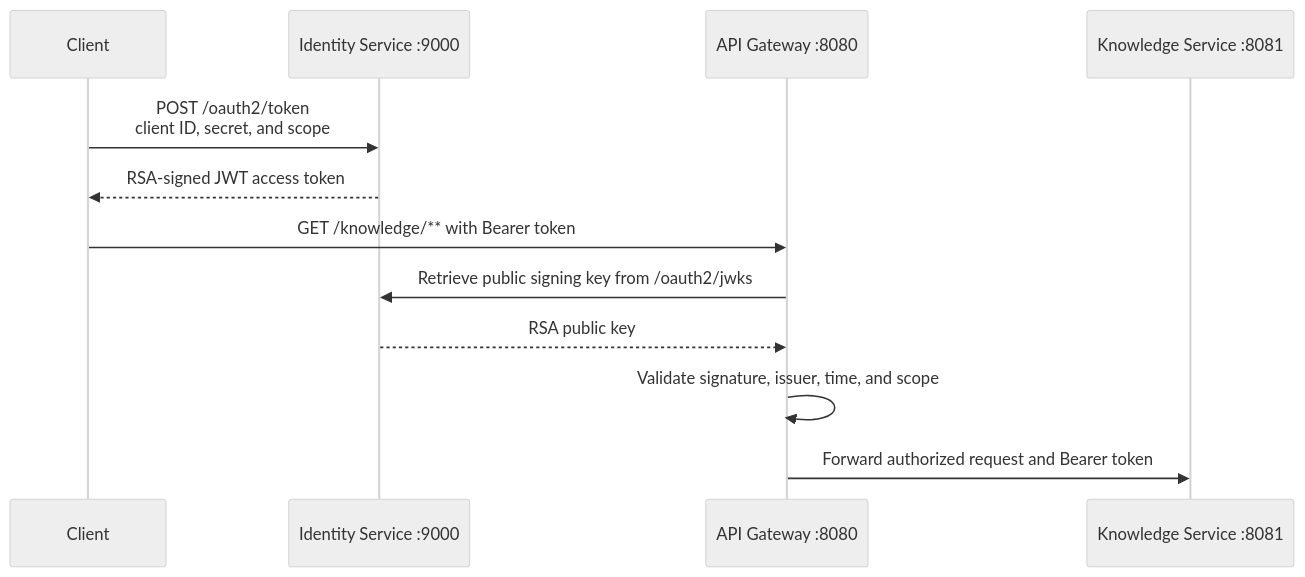
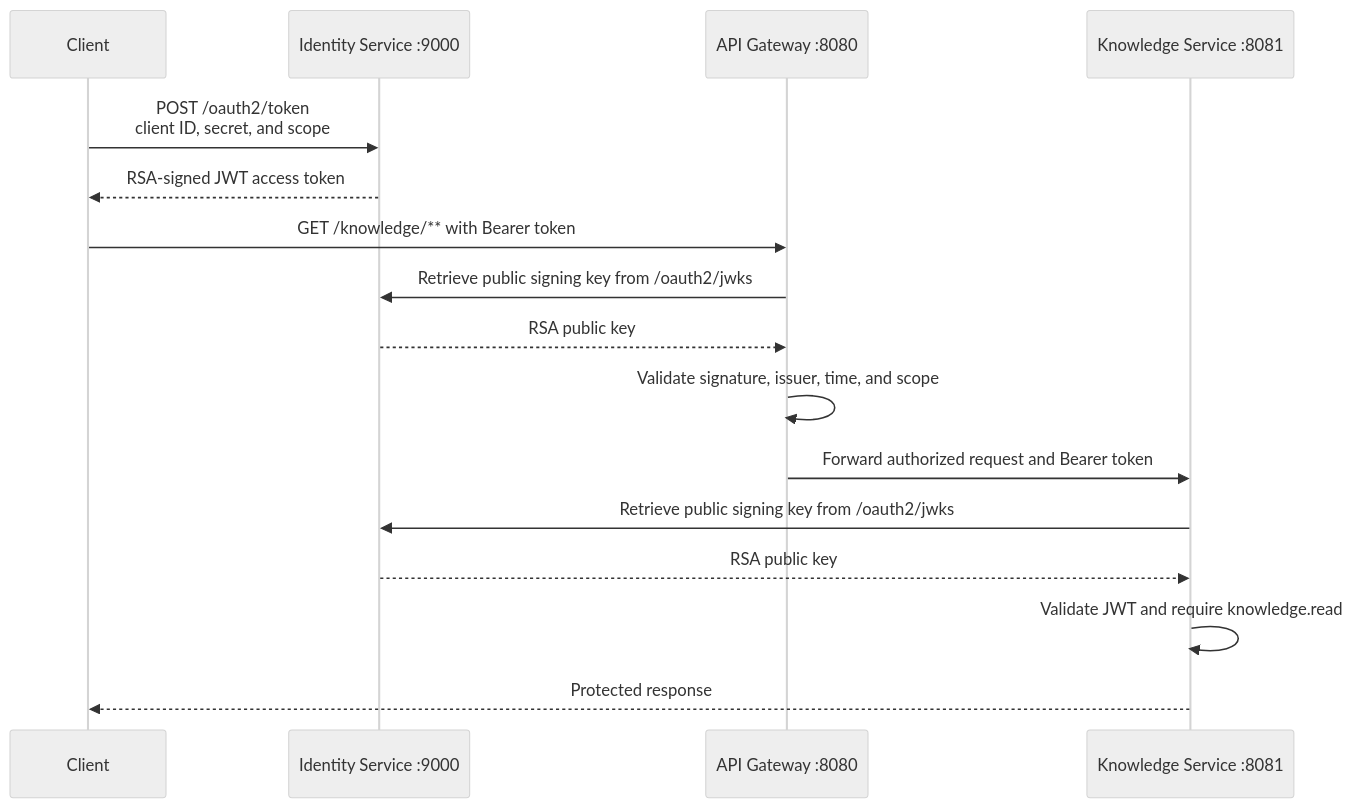
One commit to dkghosh2019/enterprise-ai-knowledge-platform changed the diagram in docs/security.md. Above: the diagram before and after it, drawn with Mermaid (neutral theme). The commit also changed other lines of this file and 9 other files, not shown here.

Commit message:
Secure knowledge service with JWT authorization

````diff
--- a/docs/security.md
+++ b/docs/security.md
@@ -12,15 +12,19 @@
 ```mermaid
 sequenceDiagram
     participant Client
     participant Identity as Identity Service :9000
     participant Gateway as API Gateway :8080
     participant Knowledge as Knowledge Service :8081
 
     Client->>Identity: POST /oauth2/token<br/>client ID, secret, and scope
     Identity-->>Client: RSA-signed JWT access token
     Client->>Gateway: GET /knowledge/** with Bearer token
     Gateway->>Identity: Retrieve public signing key from /oauth2/jwks
     Identity-->>Gateway: RSA public key
     Gateway->>Gateway: Validate signature, issuer, time, and scope
     Gateway->>Knowledge: Forward authorized request and Bearer token
+    Knowledge->>Identity: Retrieve public signing key from /oauth2/jwks
+    Identity-->>Knowledge: RSA public key
+    Knowledge->>Knowledge: Validate JWT and require knowledge.read
+    Knowledge-->>Client: Protected response
 ```
````
